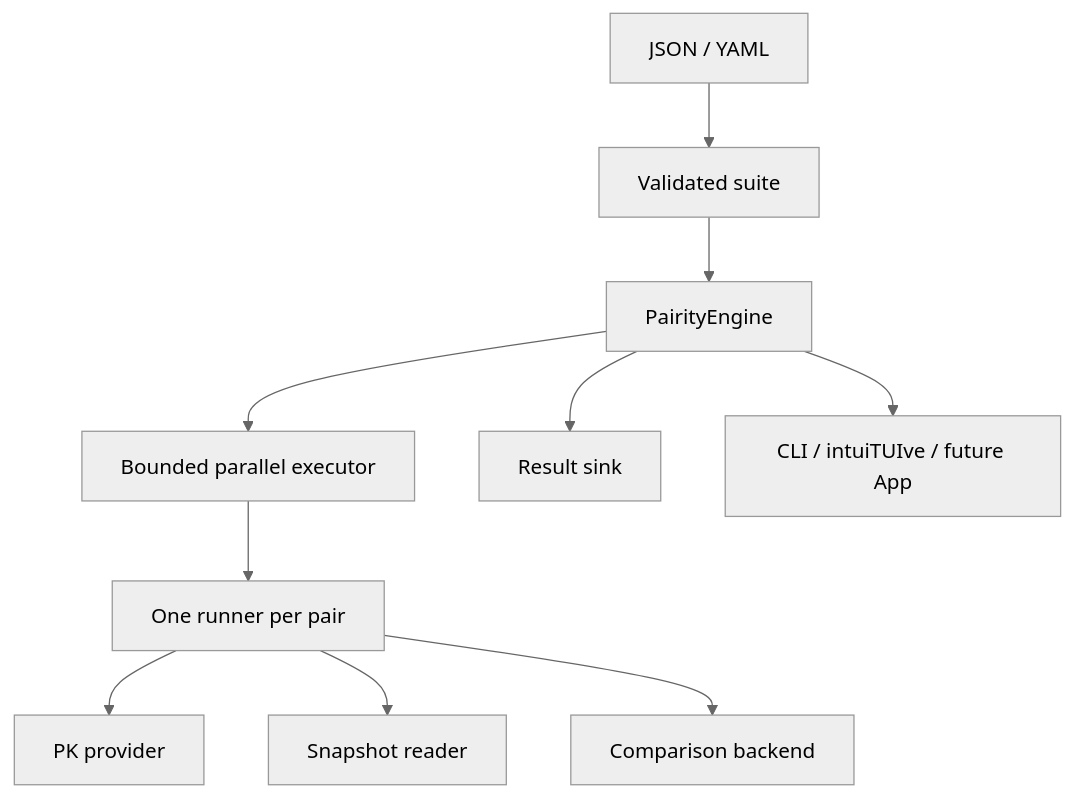
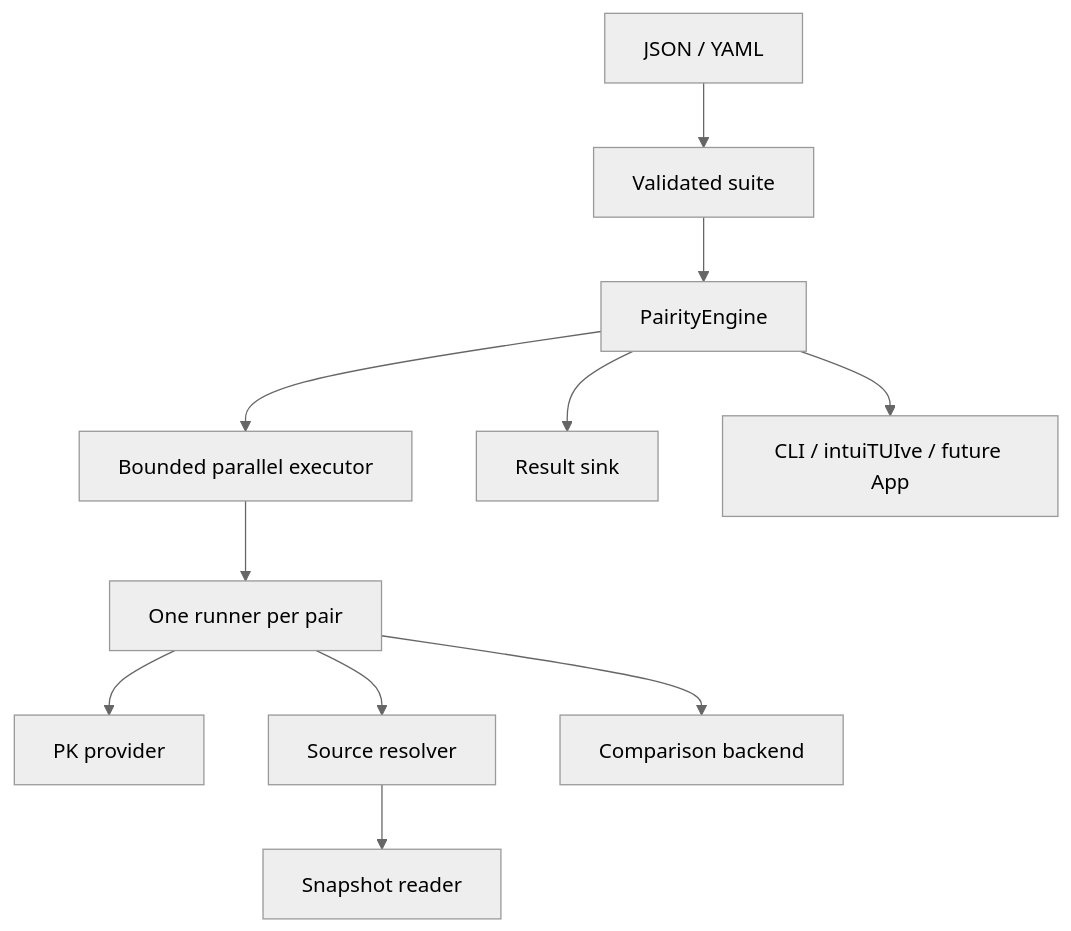
One commit to buchochelliq-labs/pairity changed the diagram in docs/architecture.md. Above: the diagram before and after it, drawn with Mermaid (neutral theme). The commit also changed other lines of this file and 22 other files, not shown here.

````diff
--- a/docs/architecture.md
+++ b/docs/architecture.md
@@ -14,12 +14,13 @@
 ```mermaid
 flowchart TD
   Config["JSON / YAML"] --> Model["Validated suite"]
   Model --> Engine["PairityEngine"]
   Engine --> Executor["Bounded parallel executor"]
   Executor --> Runner["One runner per pair"]
   Runner --> Metadata["PK provider"]
-  Runner --> Reader["Snapshot reader"]
+  Runner --> Sources["Source resolver"]
+  Sources --> Reader["Snapshot reader"]
   Runner --> Compare["Comparison backend"]
   Engine --> Sink["Result sink"]
   Engine --> UI["CLI / intuiTUIve / future App"]
 ```
````
